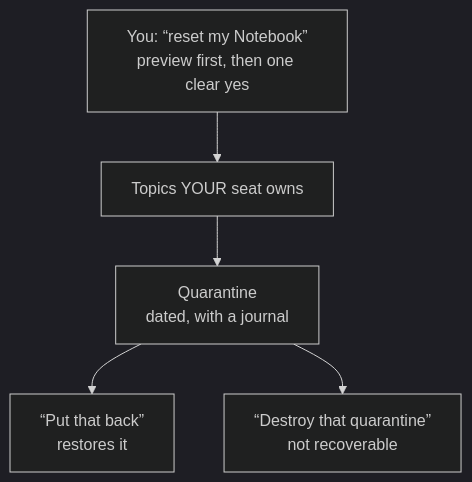
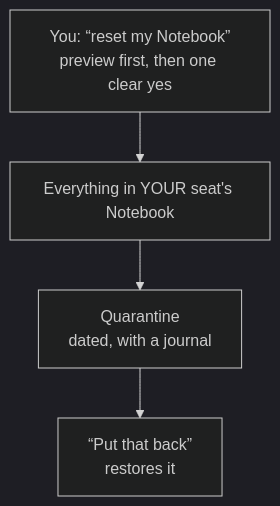
The sixth of 10 diagrams in docs/guides/workflow-guide.md (eKioga/deskpost), drawn with Mermaid (dark theme) before and after one commit. The commit also changed other lines of this file and 32 other files, not shown here.

````diff
--- a/docs/guides/workflow-guide.md
+++ b/docs/guides/workflow-guide.md
@@ -125,7 +115,6 @@
 ```mermaid
 flowchart TD
-    R["You: “reset my Notebook”\npreview first, then one clear yes"] --> S["Topics YOUR seat owns"]
+    R["You: “reset my Notebook”\npreview first, then one clear yes"] --> S["Everything in YOUR seat's Notebook"]
     S --> Q["Quarantine\ndated, with a journal"]
     Q --> B["“Put that back”\nrestores it"]
-    Q --> P["“Destroy that quarantine”\nnot recoverable"]
 ```
````
